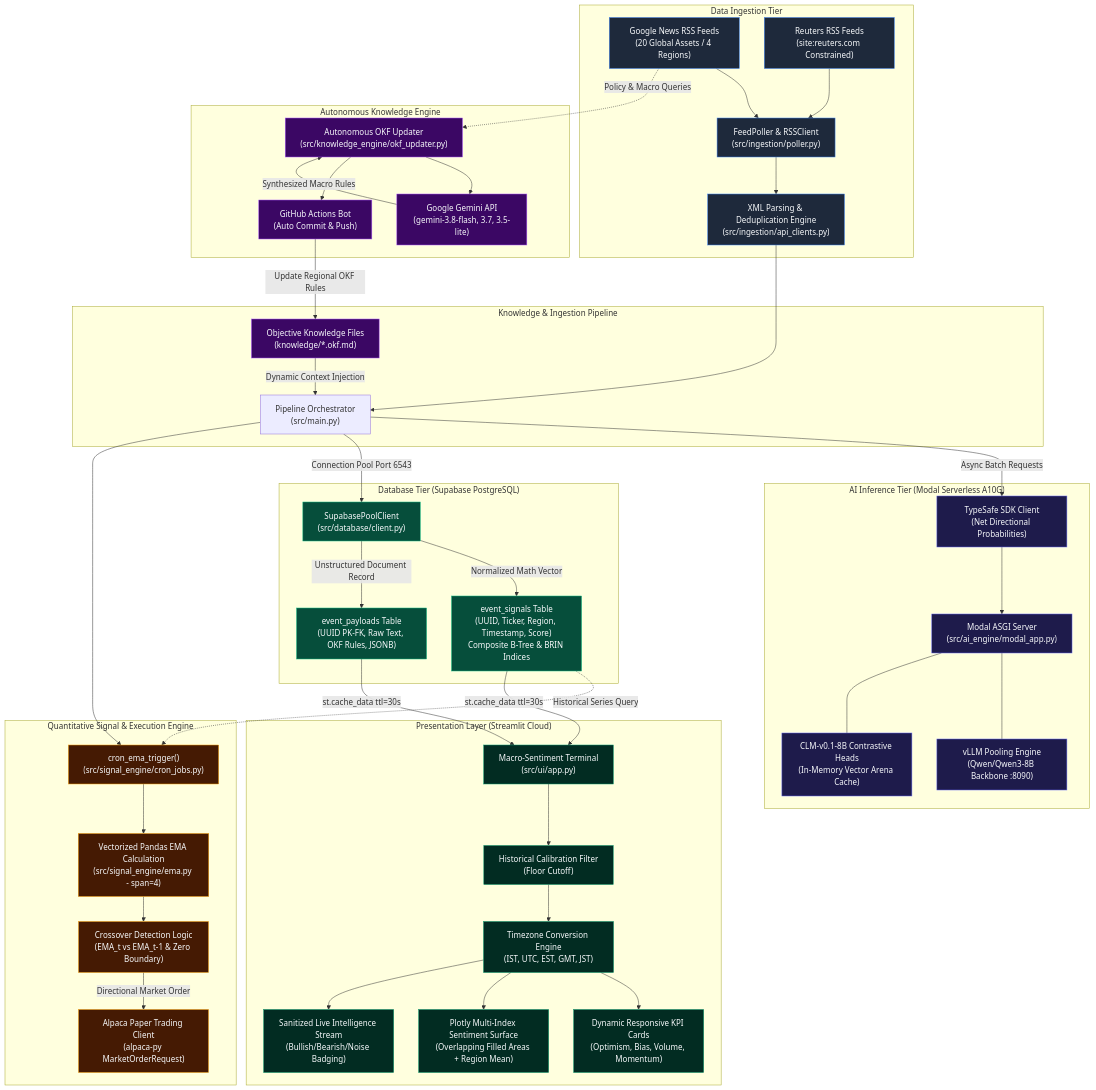
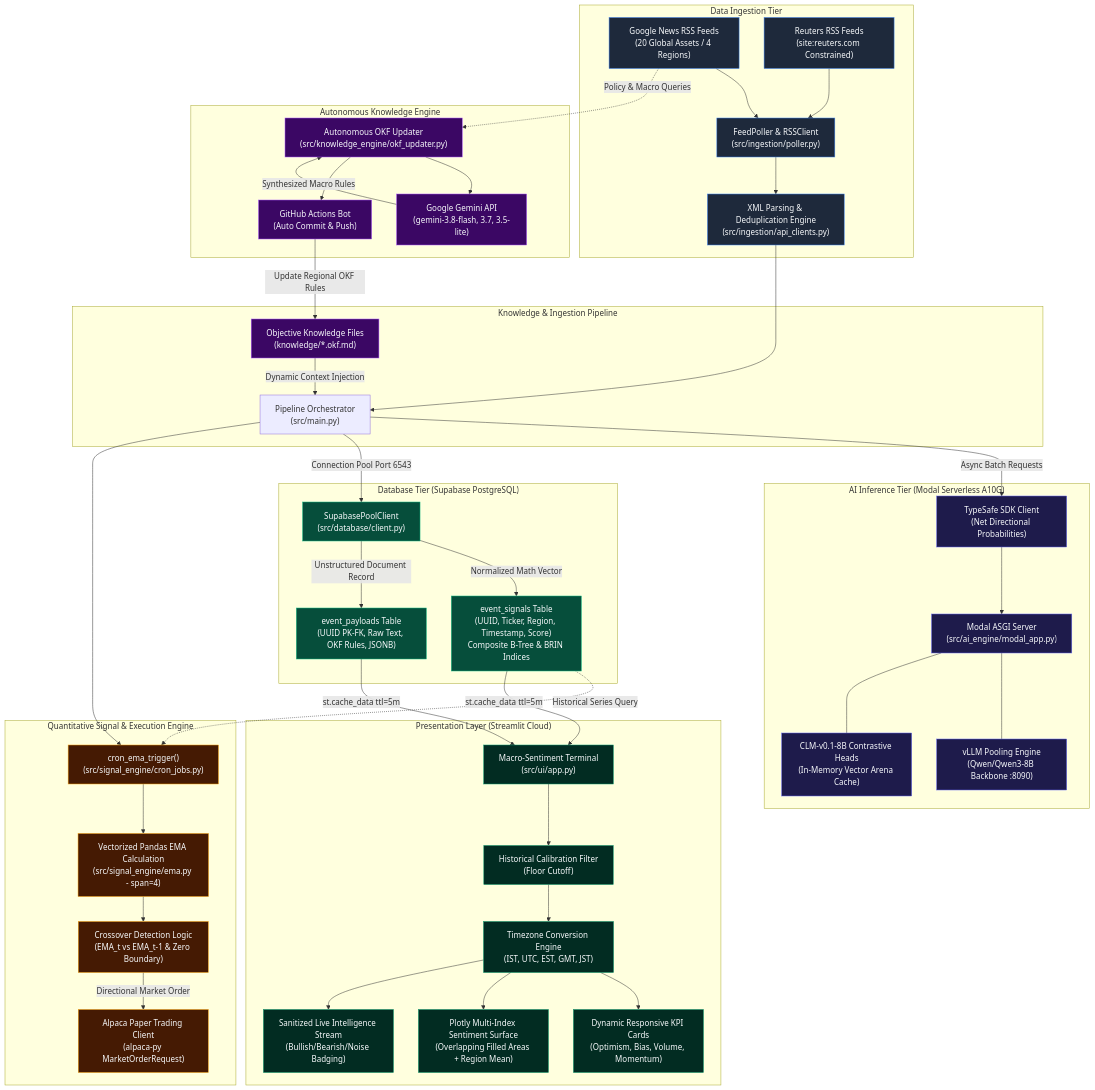
One commit to Shivam-Jha96/gsp changed the first of 4 diagrams in docs/architecture_and_workflow.md. Above: the diagram before and after it, drawn with Mermaid. The commit also changed other lines of this file and 2 other files, not shown here.

Commit message:
feat(ui): extend background auto-refresh interval from 30s to 5m

```diff
--- a/docs/architecture_and_workflow.md
+++ b/docs/architecture_and_workflow.md
@@ -86,8 +86,8 @@
         KPI_TILES["Dynamic Responsive KPI Cards<br/>(Optimism, Bias, Volume, Momentum)"]
         PLOTLY_AREA["Plotly Multi-Index Sentiment Surface<br/>(Overlapping Filled Areas + Region Mean)"]
         LIVE_FEED["Sanitized Live Intelligence Stream<br/>(Bullish/Bearish/Noise Badging)"]
-        MATH_LAYER -->|st.cache_data ttl=30s| ST_APP
-        DOC_LAYER -->|st.cache_data ttl=30s| ST_APP
+        MATH_LAYER -->|st.cache_data ttl=5m| ST_APP
+        DOC_LAYER -->|st.cache_data ttl=5m| ST_APP
         ST_APP --> CALIBRATE
         CALIBRATE --> TZ_ENGINE
         TZ_ENGINE --> KPI_TILES
```
